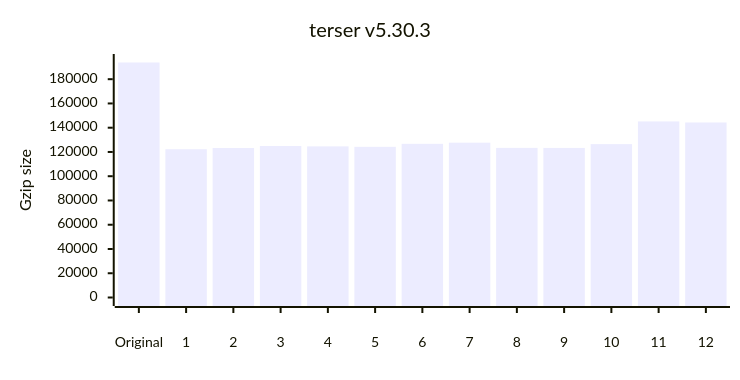
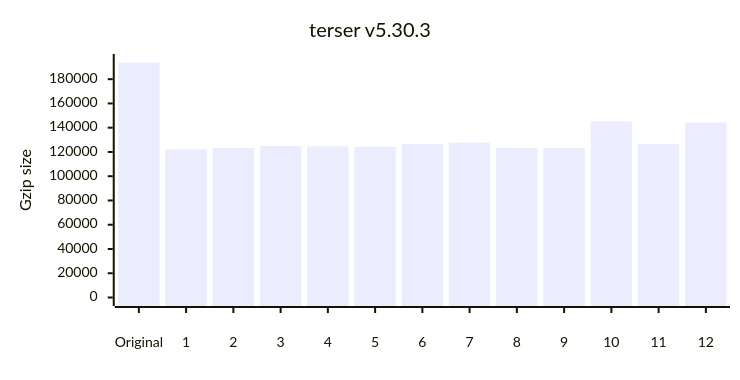
Before and after one commit to privatenumber/minification-benchmarks: the seventh of 12 diagrams in README.md, drawn with Mermaid. The commit also changed other lines of this file, not shown here.

````diff
--- a/README.md
+++ b/README.md
@@ -332,17 +332,17 @@
 ```mermaid
 ---
 config:
     xyChart:
         width: 720
         height: 360
         xAxis:
             labelPadding: 20
         yAxis:
             labelPadding: 10
 ---
 xychart-beta
 	title "terser v5.30.3"
 	x-axis ["Original",1,2,3,4,5,6,7,8,9,10,11,12]
 	y-axis "Gzip size" 0 --> 193763
-	bar [193763,122262,123258,124885,124609,124253,126707,127653,123346,123334,126454,145178,144303]
+	bar [193763,122262,123258,124885,124609,124253,126707,127653,123346,123334,145178,126454,144303]
 ```
````
